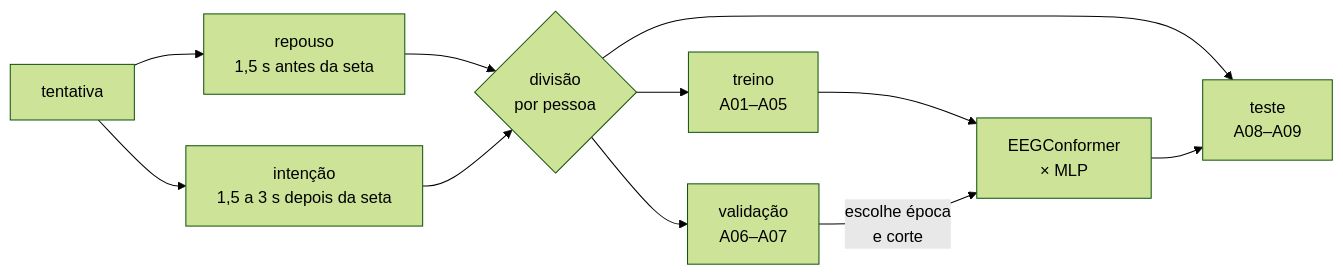
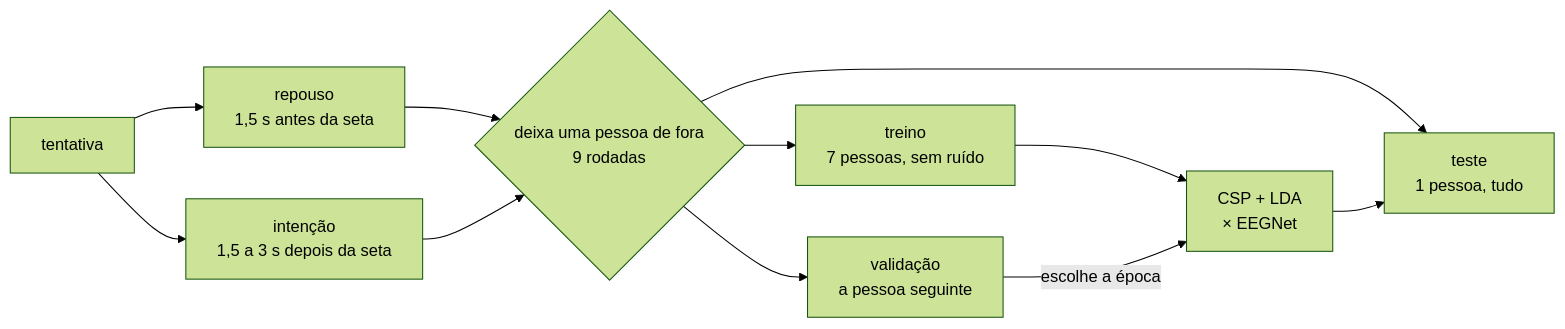
One commit to kafb04/data-engineering-multimodal-ai changed the fourth of 6 diagrams in README.md. Above: the diagram before and after it, drawn with Mermaid (forest theme). The commit also changed other lines of this file and 44 other files, not shown here.

First line of the commit message:
Avaliação deixando cada pessoa de fora, CSP + LDA × EEGNet e revisão do código

````diff
--- a/README.md
+++ b/README.md
@@ -228,12 +234,12 @@
 ```mermaid
 flowchart LR
     S["tentativa"] --> R["repouso<br/>1,5 s antes da seta"]
     S --> I["intenção<br/>1,5 a 3 s depois da seta"]
-    R & I --> D{"divisão<br/>por pessoa"}
-    D --> TR["treino<br/>A01–A05"]
-    D --> VA["validação<br/>A06–A07"]
-    D --> TE["teste<br/>A08–A09"]
-    TR --> M["EEGConformer<br/>× MLP"]
-    VA -->|"escolhe época<br/>e corte"| M
+    R & I --> D{"deixa uma pessoa de fora<br/>9 rodadas"}
+    D --> TR["treino<br/>7 pessoas, sem ruído"]
+    D --> VA["validação<br/>a pessoa seguinte"]
+    D --> TE["teste<br/>1 pessoa, tudo"]
+    TR --> M["CSP + LDA<br/>× EEGNet"]
+    VA -->|"escolhe a época"| M
     M --> TE
 ```
````
